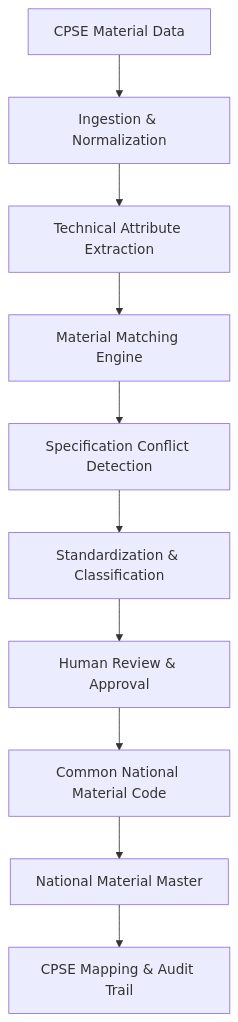
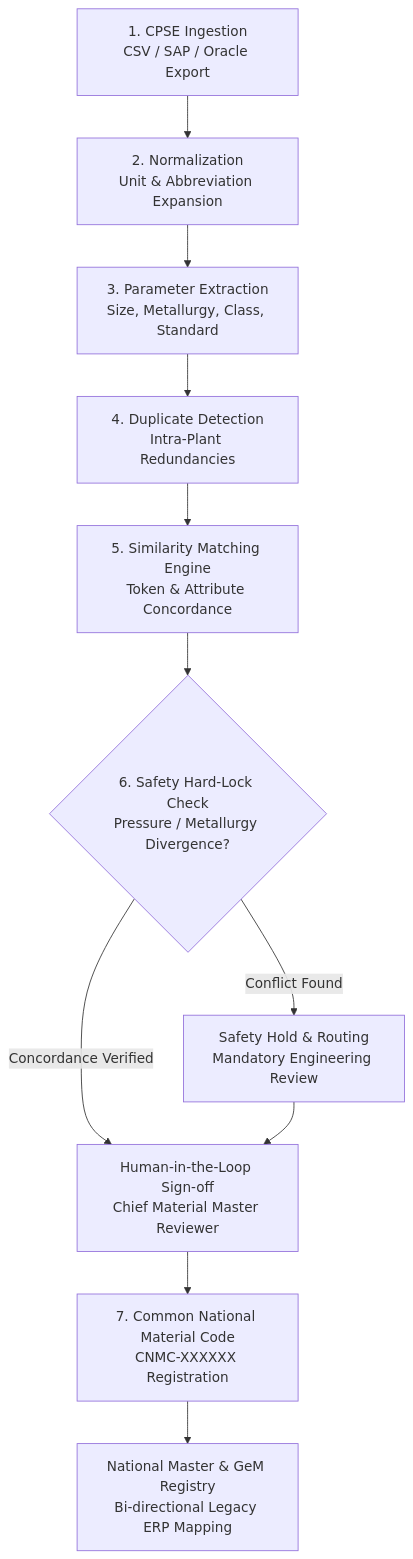
One commit to shubham25-droid/SamagriSetu changed the diagram in README.md. Above: the diagram before and after it, drawn with Mermaid. The commit also changed other lines of this file and 2 other files, not shown here.

````diff
--- a/README.md
+++ b/README.md
@@ -62,12 +89,13 @@
 ```mermaid
 flowchart TD
-    A[CPSE Material Data] --> B[Ingestion & Normalization]
-    B --> C[Technical Attribute Extraction]
-    C --> D[Material Matching Engine]
-    D --> E[Specification Conflict Detection]
-    E --> F[Standardization & Classification]
-    F --> G[Human Review & Approval]
-    G --> H[Common National Material Code]
-    H --> I[National Material Master]
-    I --> J[CPSE Mapping & Audit Trail]
+    A[1. CPSE Ingestion<br/>CSV / SAP / Oracle Export] --> B[2. Normalization<br/>Unit & Abbreviation Expansion]
+    B --> C[3. Parameter Extraction<br/>Size, Metallurgy, Class, Standard]
+    C --> D[4. Duplicate Detection<br/>Intra-Plant Redundancies]
+    D --> E[5. Similarity Matching Engine<br/>Token & Attribute Concordance]
+    E --> F{6. Safety Hard-Lock Check<br/>Pressure / Metallurgy Divergence?}
+    F -- Conflict Found --> G[Safety Hold & Routing<br/>Mandatory Engineering Review]
+    F -- Concordance Verified --> H[Human-in-the-Loop Sign-off<br/>Chief Material Master Reviewer]
+    G --> H
+    H --> I[7. Common National Material Code<br/>CNMC-XXXXXX Registration]
+    I --> J[National Master & GeM Registry<br/>Bi-directional Legacy ERP Mapping]
 ```
````
